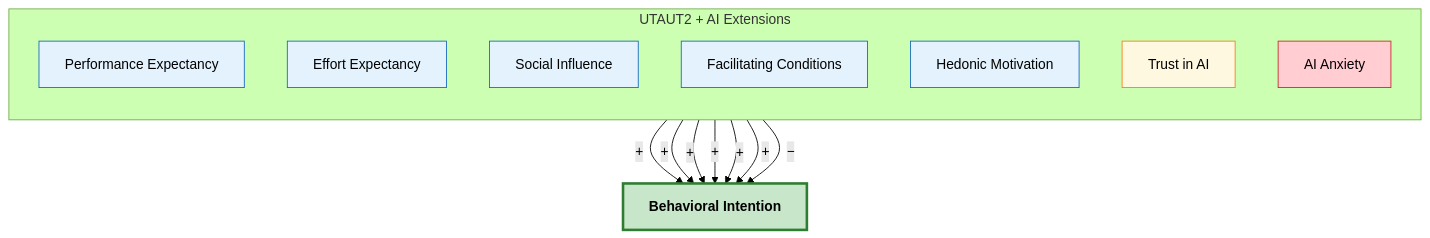
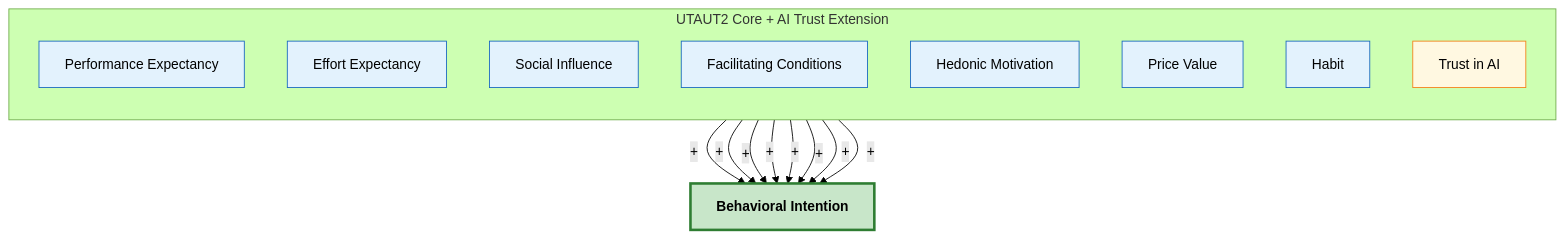
One commit to fabioc-aloha/AIRS_Data_Analysis changed the third of 3 diagrams in thesis/chapters/03_methodology.md. Above: the diagram before and after it, drawn with Mermaid (forest theme). The commit also changed other lines of this file and 11 other files, not shown here.

````diff
--- a/thesis/chapters/03_methodology.md
+++ b/thesis/chapters/03_methodology.md
@@ -420,32 +430,35 @@
 ```mermaid
 flowchart TD
-    subgraph predictors["UTAUT2 + AI Extensions"]
+    subgraph predictors["UTAUT2 Core + AI Trust Extension"]
         direction TB
         PE["Performance Expectancy"]
         EE["Effort Expectancy"]
         SI["Social Influence"]
         FC["Facilitating Conditions"]
         HM["Hedonic Motivation"]
+        PV["Price Value"]
+        HB["Habit"]
         TR["Trust in AI"]
-        AX["AI Anxiety"]
     end
 
     BI["<b>Behavioral Intention</b>"]
 
     PE -->|+| BI
     EE -->|+| BI
     SI -->|+| BI
     FC -->|+| BI
     HM -->|+| BI
+    PV -->|+| BI
+    HB -->|+| BI
     TR -->|+| BI
-    AX -->|−| BI
 
     style BI fill:#c8e6c9,stroke:#2e7d32,stroke-width:3px
-    style AX fill:#ffcdd2,stroke:#c62828
     style PE fill:#e3f2fd,stroke:#1565c0
     style EE fill:#e3f2fd,stroke:#1565c0
     style SI fill:#e3f2fd,stroke:#1565c0
     style FC fill:#e3f2fd,stroke:#1565c0
     style HM fill:#e3f2fd,stroke:#1565c0
+    style PV fill:#e3f2fd,stroke:#1565c0
+    style HB fill:#e3f2fd,stroke:#1565c0
     style TR fill:#fff8e1,stroke:#f57f17
 ```
````
